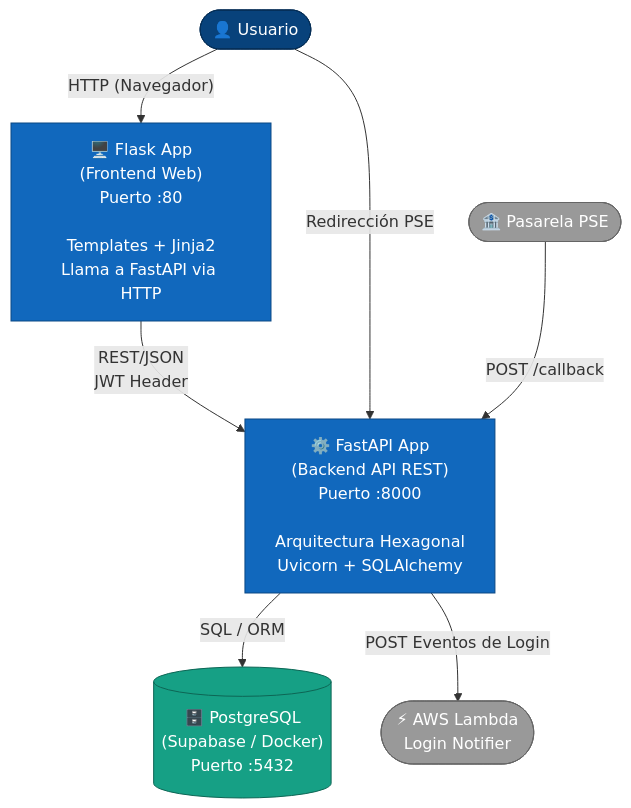
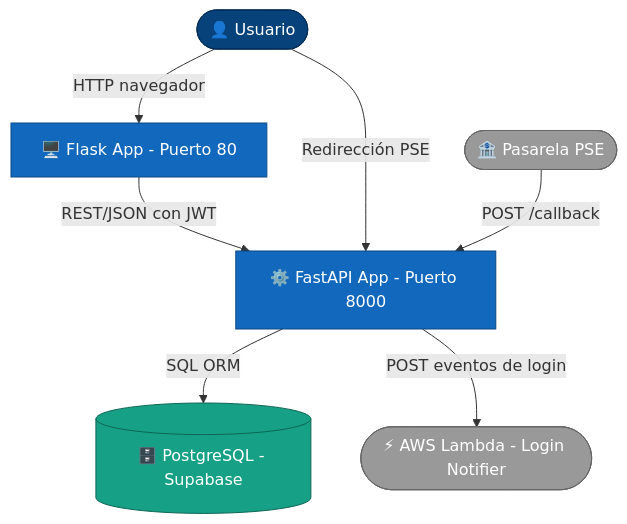
The third of 5 diagrams in ARQUITECTURA.md (Juancasta14/BankService), drawn with Mermaid before and after one commit. The commit also changed other lines of this file, not shown here.

Commit message:
fix: remove literal \\n from Mermaid labels and split overlapping hexagonal nodes

````diff
--- a/ARQUITECTURA.md
+++ b/ARQUITECTURA.md
@@ -129,22 +129,22 @@
 ```mermaid
 graph TD
     classDef person fill:#08427b,color:#fff,stroke:#052e56
     classDef container fill:#1168bd,color:#fff,stroke:#0b4884
     classDef db fill:#16a085,color:#fff,stroke:#0e6655
     classDef external fill:#999,color:#fff,stroke:#666
 
     User(["👤 Usuario"]):::person
     PSE(["🏦 Pasarela PSE"]):::external
-    Lambda(["⚡ AWS Lambda\nLogin Notifier"]):::external
+    Lambda(["⚡ AWS Lambda - Login Notifier"]):::external
 
-    Flask["🖥️ Flask App\n(Frontend Web)\nPuerto :80\n\nTemplates + Jinja2\nLlama a FastAPI via HTTP"]:::container
-    FastAPI["⚙️ FastAPI App\n(Backend API REST)\nPuerto :8000\n\nArquitectura Hexagonal\nUvicorn + SQLAlchemy"]:::container
-    DB[("🗄️ PostgreSQL\n(Supabase / Docker)\nPuerto :5432")]:::db
+    Flask["🖥️ Flask App - Puerto 80"]:::container
+    FastAPI["⚙️ FastAPI App - Puerto 8000"]:::container
+    DB[("🗄️ PostgreSQL - Supabase")]:::db
 
-    User -->|"HTTP (Navegador)"| Flask
-    Flask -->|"REST/JSON\nJWT Header"| FastAPI
+    User -->|"HTTP navegador"| Flask
+    Flask -->|"REST/JSON con JWT"| FastAPI
     User --->|"Redirección PSE"| FastAPI
     PSE -->|"POST /callback"| FastAPI
-    FastAPI -->|"SQL / ORM"| DB
-    FastAPI -->|"POST Eventos de Login"| Lambda
+    FastAPI -->|"SQL ORM"| DB
+    FastAPI -->|"POST eventos de login"| Lambda
 ```
````
